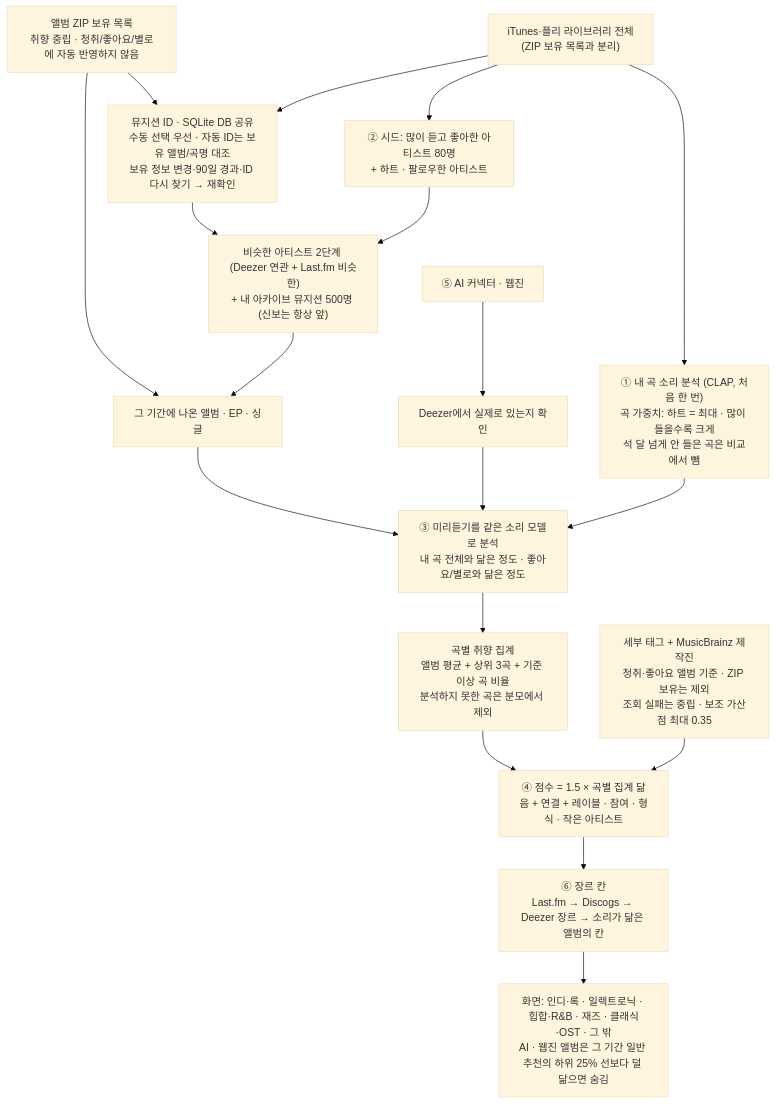
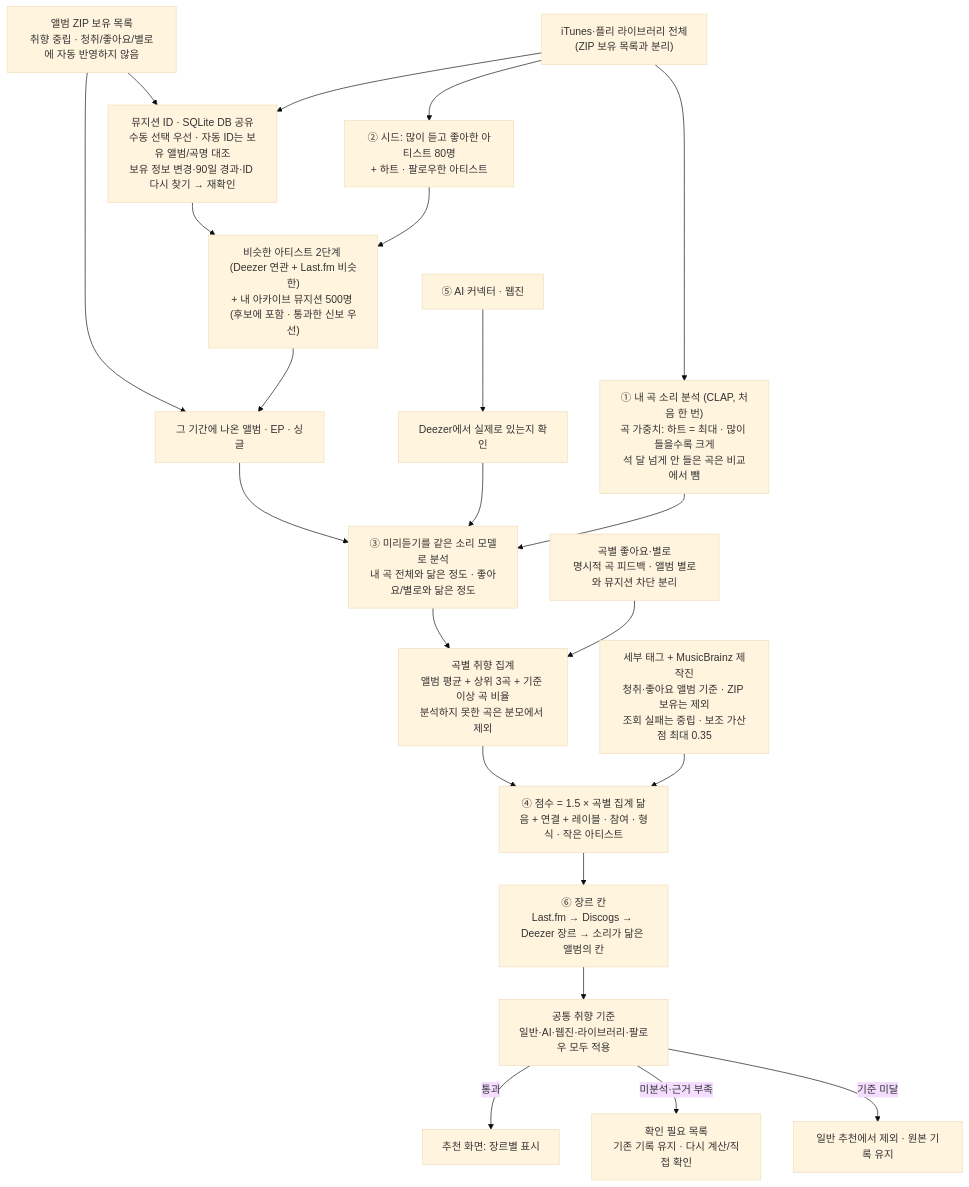
One commit to plastiqvox/RecipeSong changed the diagram in docs/recommendation.md. Above: the diagram before and after it, drawn with Mermaid (base theme). The commit also changed other lines of this file and 27 other files, not shown here.

````diff
--- a/docs/recommendation.md
+++ b/docs/recommendation.md
@@ -11,22 +11,26 @@
 ```mermaid
 flowchart TD
     lib["iTunes·플리 라이브러리 전체<br/>(ZIP 보유 목록과 분리)"]
     zip["앨범 ZIP 보유 목록<br/>취향 중립 · 청취/좋아요/별로에 자동 반영하지 않음"]
     zip --> ids
     zip --> rel
     lib --> emb["① 내 곡 소리 분석 (CLAP, 처음 한 번)<br/>곡 가중치: 하트 = 최대 · 많이 들을수록 크게<br/>석 달 넘게 안 들은 곡은 비교에서 뺌"]
     lib --> seed["② 시드: 많이 듣고 좋아한 아티스트 80명<br/>+ 하트 · 팔로우한 아티스트"]
     lib --> ids["뮤지션 ID · SQLite DB 공유<br/>수동 선택 우선 · 자동 ID는 보유 앨범/곡명 대조<br/>보유 정보 변경·90일 경과·ID 다시 찾기 → 재확인"]
     ids --> pool
-    seed --> pool["비슷한 아티스트 2단계 (Deezer 연관 + Last.fm 비슷한)<br/>+ 내 아카이브 뮤지션 500명 (신보는 항상 앞)"]
+    seed --> pool["비슷한 아티스트 2단계 (Deezer 연관 + Last.fm 비슷한)<br/>+ 내 아카이브 뮤지션 500명 (후보에 포함 · 통과한 신보 우선)"]
     pool --> rel["그 기간에 나온 앨범 · EP · 싱글"]
     ext["⑤ AI 커넥터 · 웹진"] --> dz["Deezer에서 실제로 있는지 확인"]
     rel --> listen["③ 미리듣기를 같은 소리 모델로 분석<br/>내 곡 전체와 닮은 정도 · 좋아요/별로와 닮은 정도"]
     dz --> listen
     emb --> listen
     listen --> tracks["곡별 취향 집계<br/>앨범 평균 + 상위 3곡 + 기준 이상 곡 비율<br/>분석하지 못한 곡은 분모에서 제외"]
     tracks --> score["④ 점수 = 1.5 × 곡별 집계 닮음 + 연결 + 레이블 · 참여 · 형식 · 작은 아티스트"]
     metadata["세부 태그 + MusicBrainz 제작진<br/>청취·좋아요 앨범 기준 · ZIP 보유는 제외<br/>조회 실패는 중립 · 보조 가산점 최대 0.35"] --> score
     score --> group["⑥ 장르 칸<br/>Last.fm → Discogs → Deezer 장르 → 소리가 닮은 앨범의 칸"]
-    group --> show["화면: 인디·록 · 일렉트로닉 · 힙합·R&B · 재즈 · 클래식·OST · 그 밖<br/>AI · 웹진 앨범은 그 기간 일반 추천의 하위 25% 선보다 덜 닮으면 숨김"]
+    feedback["곡별 좋아요·별로<br/>명시적 곡 피드백 · 앨범 별로와 뮤지션 차단 분리"] --> tracks
+    group --> gate["공통 취향 기준<br/>일반·AI·웹진·라이브러리·팔로우 모두 적용"]
+    gate -->|통과|show["추천 화면: 장르별 표시"]
+    gate -->|미분석·근거 부족|review["확인 필요 목록<br/>기존 기록 유지 · 다시 계산/직접 확인"]
+    gate -->|기준 미달|hidden["일반 추천에서 제외 · 원본 기록 유지"]
 ```
````
